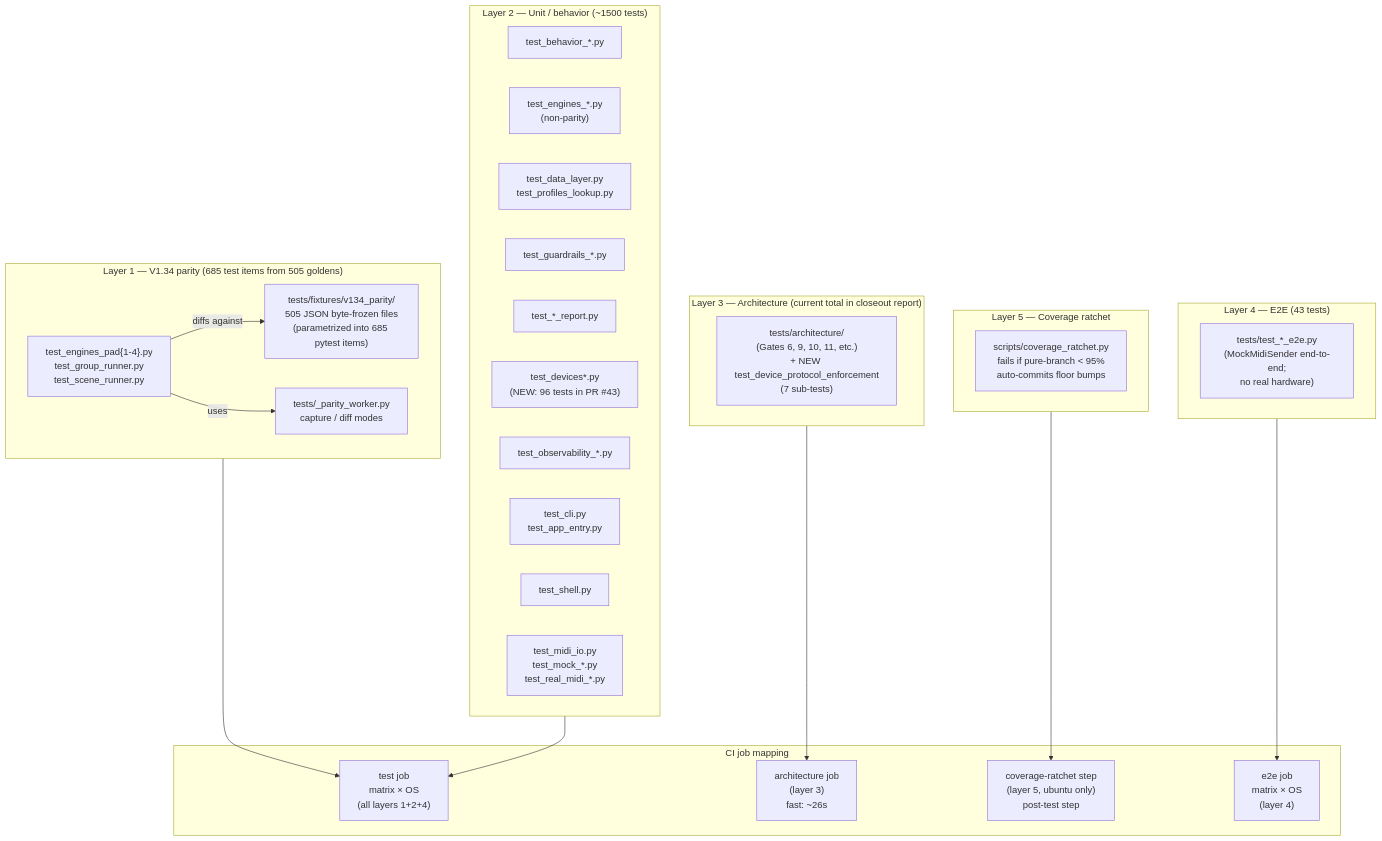
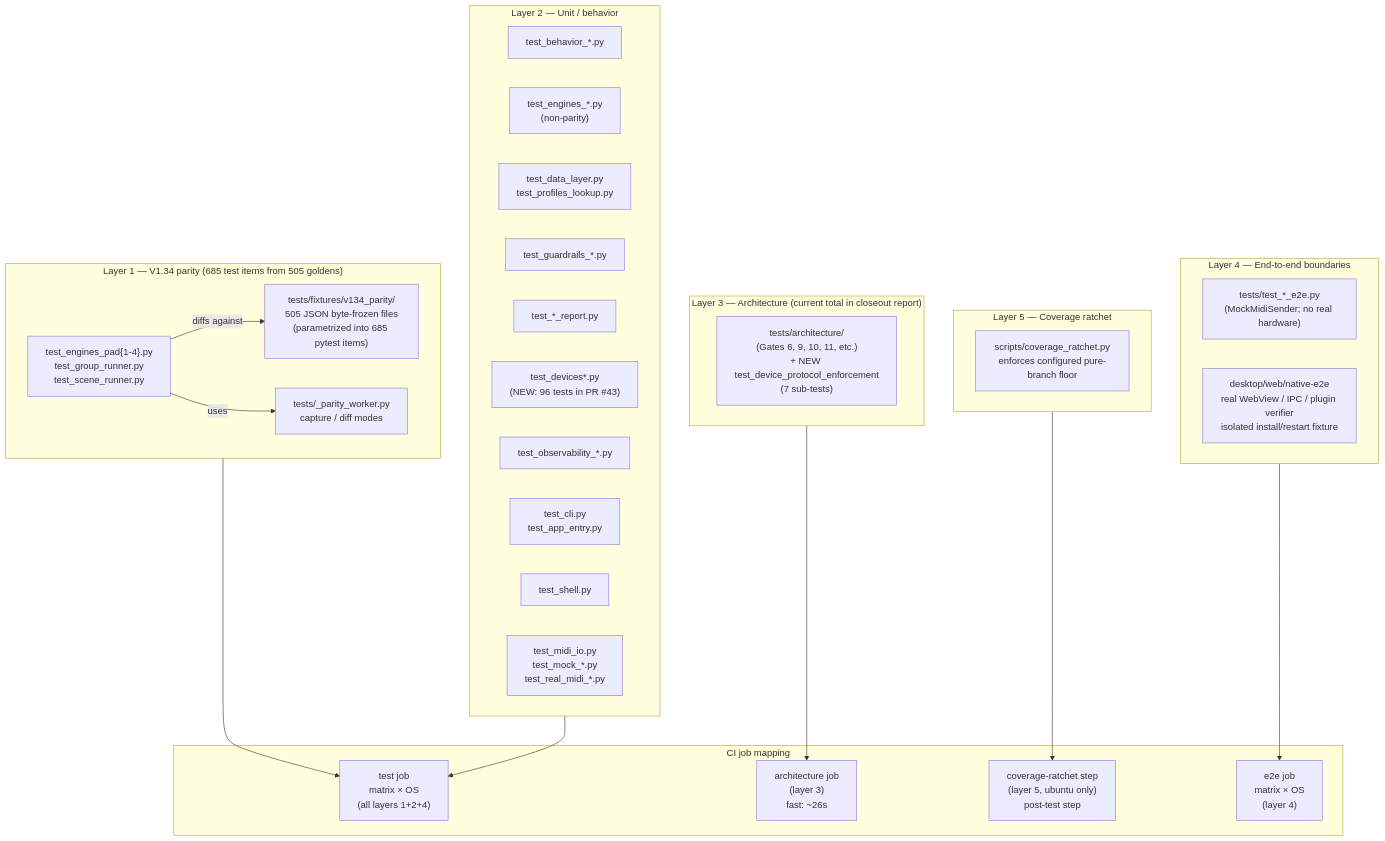
Diagram 13 of 36 in docs/ARCHITECTURE_DIAGRAMS.md (buzzijose-hub/RytmRandomizer), drawn with Mermaid before and after one commit. The commit also changed other lines of this file and 52 other files, not shown here.

Commit message:
fix: complete native updater boundaries and diagnostic handoff

````diff
--- a/docs/ARCHITECTURE_DIAGRAMS.md
+++ b/docs/ARCHITECTURE_DIAGRAMS.md
@@ -1073,49 +1094,50 @@
 ```mermaid
 flowchart TB
     subgraph Layer1["Layer 1 — V1.34 parity (685 test items from 505 goldens)"]
         Goldens["tests/fixtures/v134_parity/<br/>505 JSON byte-frozen files<br/>(parametrized into 685 pytest items)"]
         ParityTests["test_engines_pad{1-4}.py<br/>test_group_runner.py<br/>test_scene_runner.py"]
         ParityWorker["tests/_parity_worker.py<br/>capture / diff modes"]
     end
 
-    subgraph Layer2["Layer 2 — Unit / behavior (~1500 tests)"]
+    subgraph Layer2["Layer 2 — Unit / behavior"]
         BehaviorTests["test_behavior_*.py"]
         EngineUnits["test_engines_*.py<br/>(non-parity)"]
         DataTests["test_data_layer.py<br/>test_profiles_lookup.py"]
         GuardrailsTests["test_guardrails_*.py"]
         ReportsTests["test_*_report.py"]
         DeviceTests["test_devices*.py<br/>(NEW: 96 tests in PR #43)"]
         ObservabilityTests["test_observability_*.py"]
         CliTests["test_cli.py<br/>test_app_entry.py"]
         ShellTests["test_shell.py"]
         MidiTests["test_midi_io.py<br/>test_mock_*.py<br/>test_real_midi_*.py"]
     end
 
     subgraph Layer3["Layer 3 — Architecture (current total in closeout report)"]
         ArchTests["tests/architecture/<br/>(Gates 6, 9, 10, 11, etc.)<br/>+ NEW test_device_protocol_enforcement<br/>(7 sub-tests)"]
     end
 
-    subgraph Layer4["Layer 4 — E2E (43 tests)"]
-        E2ETests["tests/test_*_e2e.py<br/>(MockMidiSender end-to-end;<br/>no real hardware)"]
+    subgraph Layer4["Layer 4 — End-to-end boundaries"]
+        E2ETests["tests/test_*_e2e.py<br/>(MockMidiSender; no real hardware)"]
+        NativeE2E["desktop/web/native-e2e<br/>real WebView / IPC / plugin verifier<br/>isolated install/restart fixture"]
     end
 
     subgraph Layer5["Layer 5 — Coverage ratchet"]
-        CovScript["scripts/coverage_ratchet.py<br/>fails if pure-branch < 95%<br/>auto-commits floor bumps"]
+        CovScript["scripts/coverage_ratchet.py<br/>enforces configured pure-branch floor"]
     end
 
     subgraph CIJobs["CI job mapping"]
         TestJob["test job<br/>matrix × OS<br/>(all layers 1+2+4)"]
         ArchJob["architecture job<br/>(layer 3)<br/>fast: ~26s"]
         CovJob["coverage-ratchet step<br/>(layer 5, ubuntu only)<br/>post-test step"]
         E2EJob["e2e job<br/>matrix × OS<br/>(layer 4)"]
     end
 
     Layer1 --> TestJob
     Layer2 --> TestJob
     Layer3 --> ArchJob
     Layer4 --> E2EJob
     Layer5 --> CovJob
 
     ParityTests -->|"diffs against"| Goldens
     ParityTests -->|"uses"| ParityWorker
 ```
````
